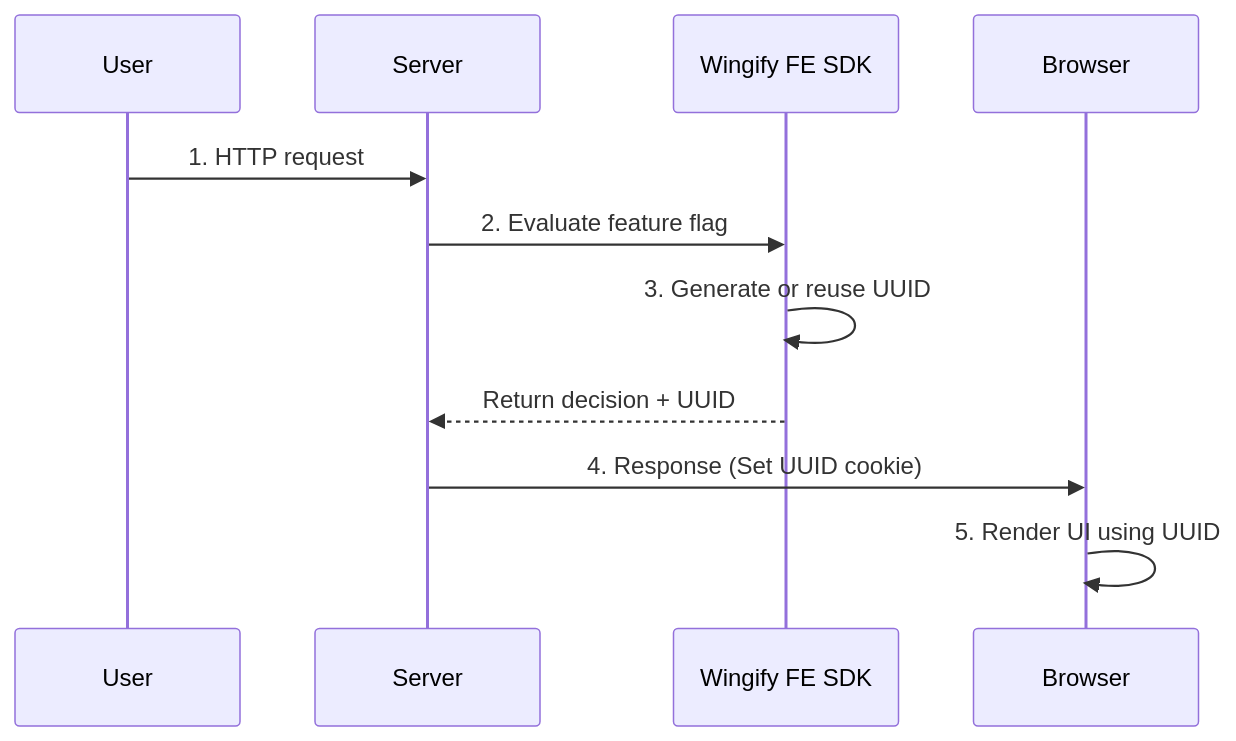
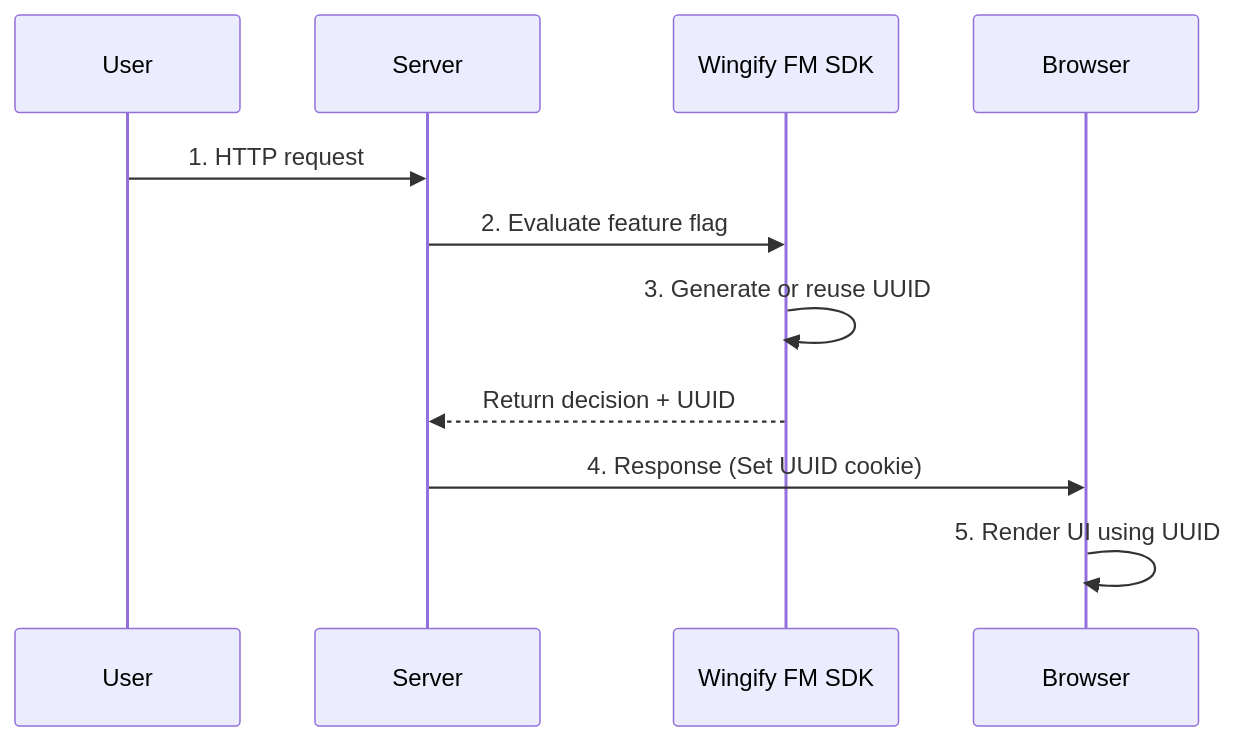
Before and after one commit to wingify/readme-central: the first of 3 diagrams in docs/Unified Experimentation/fme-unified-experimentation-conversion-tracking.md, drawn with Mermaid. The commit also changed other lines of this file and 192 other files, not shown here.

````diff
--- a/docs/Unified Experimentation/fme-unified-experimentation-conversion-tracking.md
+++ b/docs/Unified Experimentation/fme-unified-experimentation-conversion-tracking.md
@@ -56,15 +56,15 @@
 ```mermaid
 sequenceDiagram
     participant User
     participant Server
-    participant FE_SDK as Wingify FE SDK
+    participant FM_SDK as Wingify FM SDK
     participant Browser
 
     User->>Server: 1. HTTP request
-    Server->>FE_SDK: 2. Evaluate feature flag
-    FE_SDK->>FE_SDK: 3. Generate or reuse UUID
-    FE_SDK-->>Server: Return decision + UUID
+    Server->>FM_SDK: 2. Evaluate feature flag
+    FM_SDK->>FM_SDK: 3. Generate or reuse UUID
+    FM_SDK-->>Server: Return decision + UUID
     Server->>Browser: 4. Response (Set UUID cookie)
     Browser->>Browser: 5. Render UI using UUID
 
 ```
````
